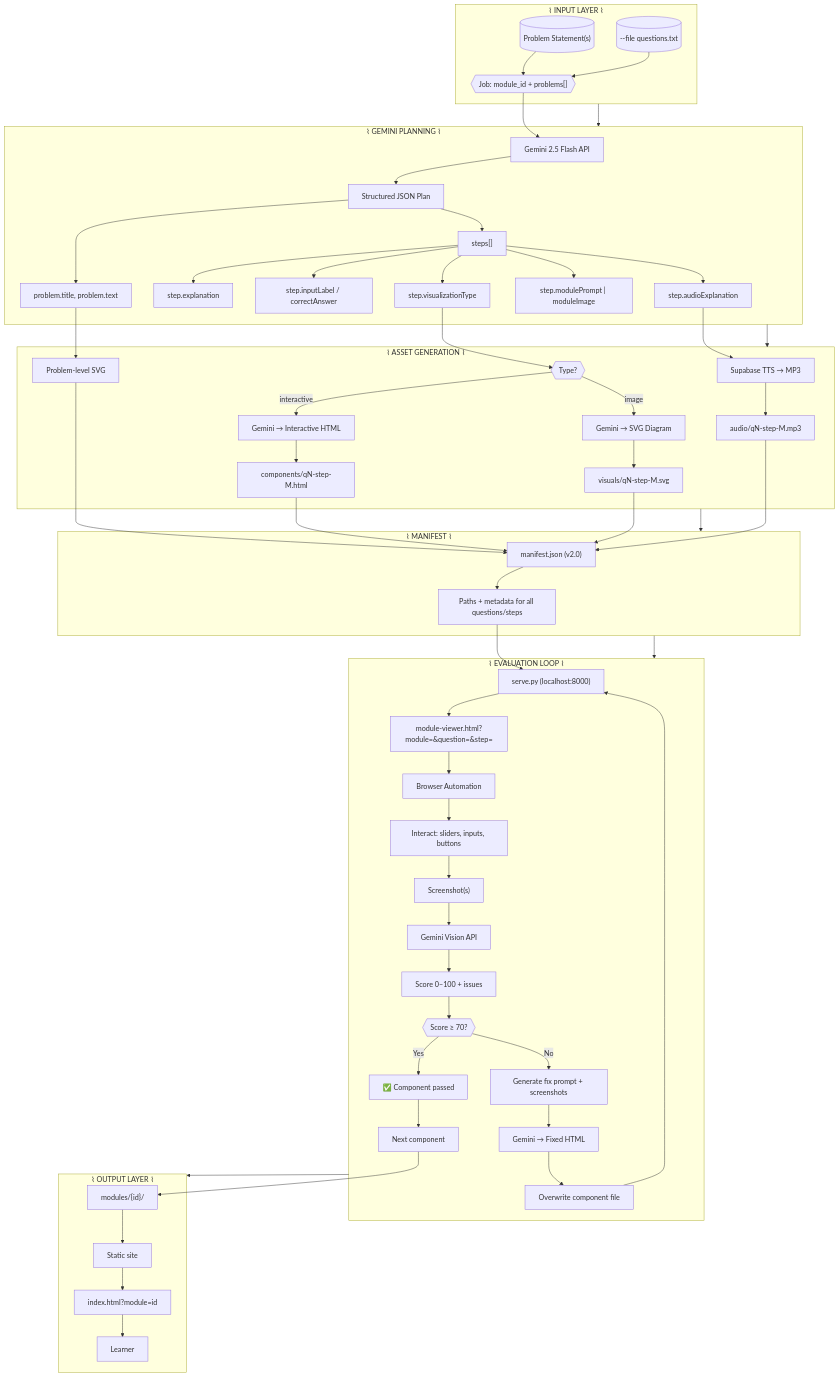
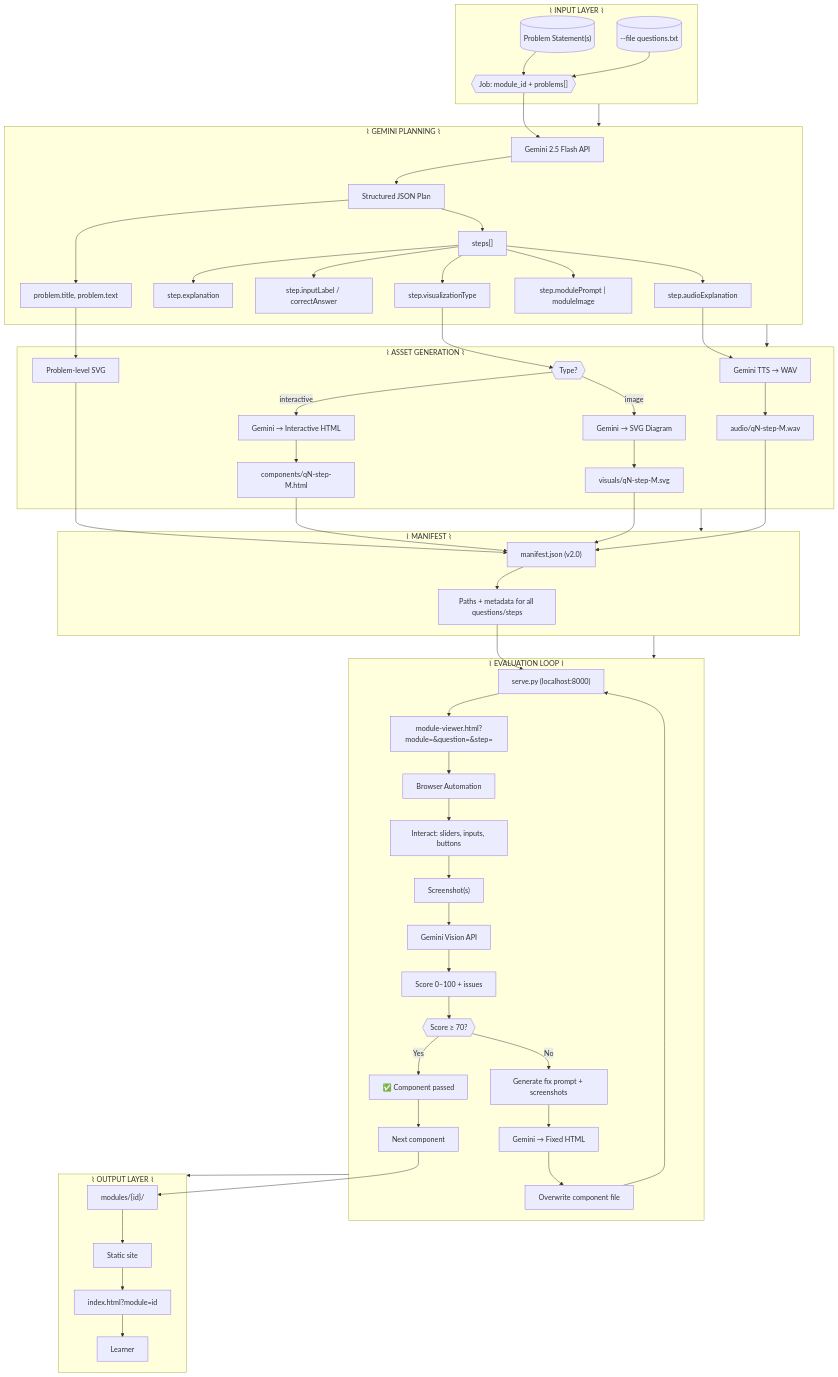
The first of 4 diagrams in README.md (Yknld/TheGeminiLoop), drawn with Mermaid before and after one commit. The commit also changed other lines of this file and 3 other files, not shown here.

Commit message:
Gemini TTS for audio; stream generate.py logs in handler; /run + poll docs for long jobs

````diff
--- a/README.md
+++ b/README.md
@@ -11,72 +11,72 @@
 ```mermaid
 flowchart TB
     subgraph INPUT["⌇ INPUT LAYER ⌇"]
         P[("Problem Statement(s)")]
         F[("--file questions.txt")]
         P --> J
         F --> J
         J{{"Job: module_id + problems[]"}}
     end
 
     subgraph PLANNING["⌇ GEMINI PLANNING ⌇"]
         J --> API1["Gemini 2.5 Flash API"]
         API1 --> PLAN["Structured JSON Plan"]
         PLAN --> META["problem.title, problem.text"]
         PLAN --> STEPS["steps[]"]
         STEPS --> S1["step.explanation"]
         STEPS --> S2["step.inputLabel / correctAnswer"]
         STEPS --> S3["step.visualizationType"]
         STEPS --> S4["step.modulePrompt | moduleImage"]
         STEPS --> S5["step.audioExplanation"]
     end
 
     subgraph ASSET_GEN["⌇ ASSET GENERATION ⌇"]
         S3 --> BRANCH{{"Type?"}}
         BRANCH -->|"interactive"| HTML["Gemini → Interactive HTML"]
         BRANCH -->|"image"| SVG["Gemini → SVG Diagram"]
-        S5 --> TTS["Supabase TTS → MP3"]
+        S5 --> TTS["Gemini TTS → WAV"]
         HTML --> COMP["components/qN-step-M.html"]
         SVG --> VIS["visuals/qN-step-M.svg"]
-        TTS --> AUD["audio/qN-step-M.mp3"]
+        TTS --> AUD["audio/qN-step-M.wav"]
         META --> PVIZ["Problem-level SVG"]
     end
 
     subgraph MANIFEST["⌇ MANIFEST ⌇"]
         COMP --> MF
         VIS --> MF
         AUD --> MF
         PVIZ --> MF
         MF["manifest.json (v2.0)"]
         MF --> PATHS["Paths + metadata for all questions/steps"]
     end
 
     subgraph EVAL_LOOP["⌇ EVALUATION LOOP ⌇"]
         PATHS --> SERVE["serve.py (localhost:8000)"]
         SERVE --> VIEWER["module-viewer.html?module=&question=&step="]
         VIEWER --> BROWSER["Browser Automation"]
         BROWSER --> ACT["Interact: sliders, inputs, buttons"]
         ACT --> SCREEN["Screenshot(s)"]
         SCREEN --> VISION["Gemini Vision API"]
         VISION --> SCORE["Score 0–100 + issues"]
         SCORE --> PASS{{"Score ≥ 70?"}}
         PASS -->|Yes| DONE["✅ Component passed"]
         PASS -->|No| FIX["Generate fix prompt + screenshots"]
         FIX --> FIX_API["Gemini → Fixed HTML"]
         FIX_API --> WRITE["Overwrite component file"]
         WRITE --> SERVE
         DONE --> NEXT["Next component"]
     end
 
     subgraph OUTPUT["⌇ OUTPUT LAYER ⌇"]
         NEXT --> BUNDLE["modules/{id}/"]
         BUNDLE --> STATIC["Static site"]
         STATIC --> INDEX["index.html?module=id"]
         INDEX --> LEARNER["Learner"]
     end
 
     INPUT --> PLANNING
     PLANNING --> ASSET_GEN
     ASSET_GEN --> MANIFEST
     MANIFEST --> EVAL_LOOP
     EVAL_LOOP --> OUTPUT
 ```
````
